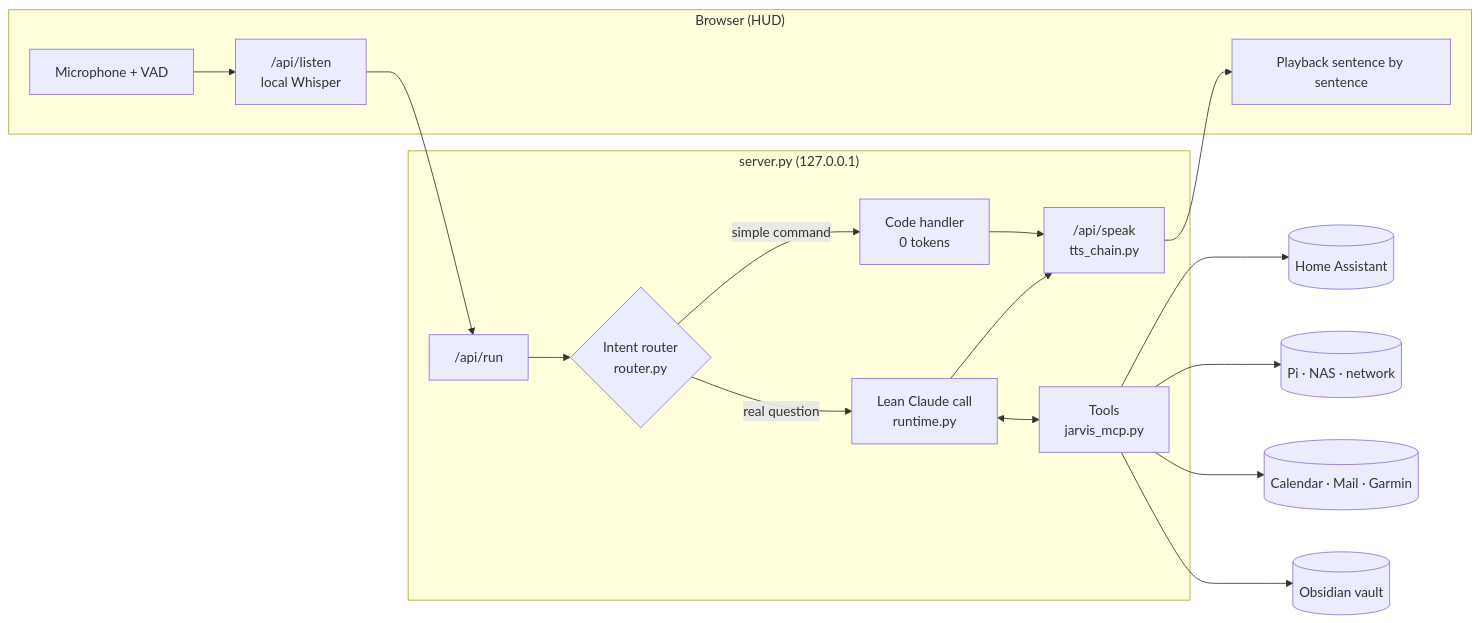
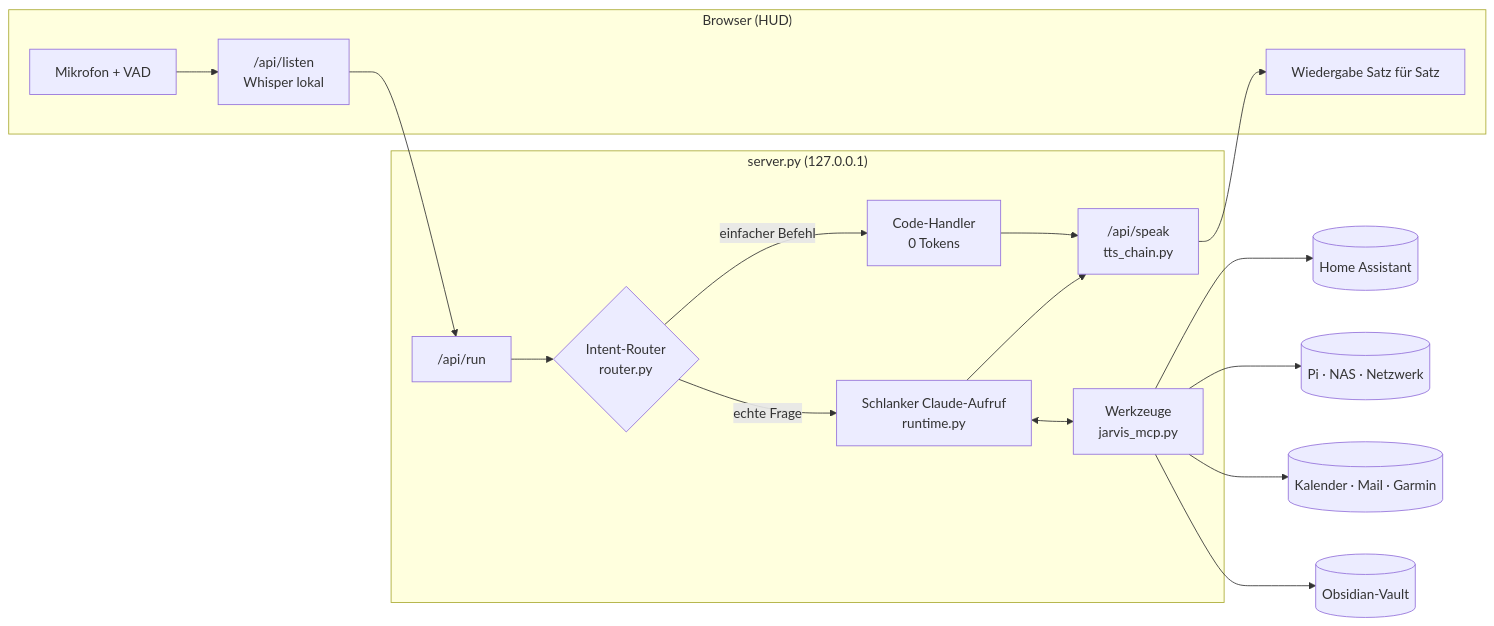
One commit to Zedas030/jarvis-hud changed the diagram in README.md. Above: the diagram before and after it, drawn with Mermaid. The commit also changed other lines of this file and 101 other files, not shown here.

````diff
--- a/README.md
+++ b/README.md
@@ -111,22 +109,22 @@
 ```mermaid
 flowchart LR
     subgraph Browser["Browser (HUD)"]
-        MIC[Microphone + VAD] --> STT
-        SPK[Playback sentence by sentence]
+        MIC[Mikrofon + VAD] --> STT
+        SPK[Wiedergabe Satz für Satz]
     end
     subgraph Server["server.py (127.0.0.1)"]
-        STT["/api/listen<br/>local Whisper"] --> RUN["/api/run"]
-        RUN --> R{"Intent router<br/>router.py"}
-        R -->|simple command| LOCAL[Code handler<br/>0 tokens]
-        R -->|real question| LEAN["Lean Claude call<br/>runtime.py"]
-        LEAN <--> MCP["Tools<br/>jarvis_mcp.py"]
+        STT["/api/listen<br/>Whisper lokal"] --> RUN["/api/run"]
+        RUN --> R{"Intent-Router<br/>router.py"}
+        R -->|einfacher Befehl| LOCAL[Code-Handler<br/>0 Tokens]
+        R -->|echte Frage| LEAN["Schlanker Claude-Aufruf<br/>runtime.py"]
+        LEAN <--> MCP["Werkzeuge<br/>jarvis_mcp.py"]
         SPEAK["/api/speak<br/>tts_chain.py"]
     end
     MCP --> HA[(Home Assistant)]
-    MCP --> NET[(Pi · NAS · network)]
-    MCP --> PIM[(Calendar · Mail · Garmin)]
-    MCP --> VAULT[(Obsidian vault)]
+    MCP --> NET[(Pi · NAS · Netzwerk)]
+    MCP --> PIM[(Kalender · Mail · Garmin)]
+    MCP --> VAULT[(Obsidian-Vault)]
     LOCAL --> SPEAK
     LEAN --> SPEAK
     SPEAK --> SPK
 ```
````
